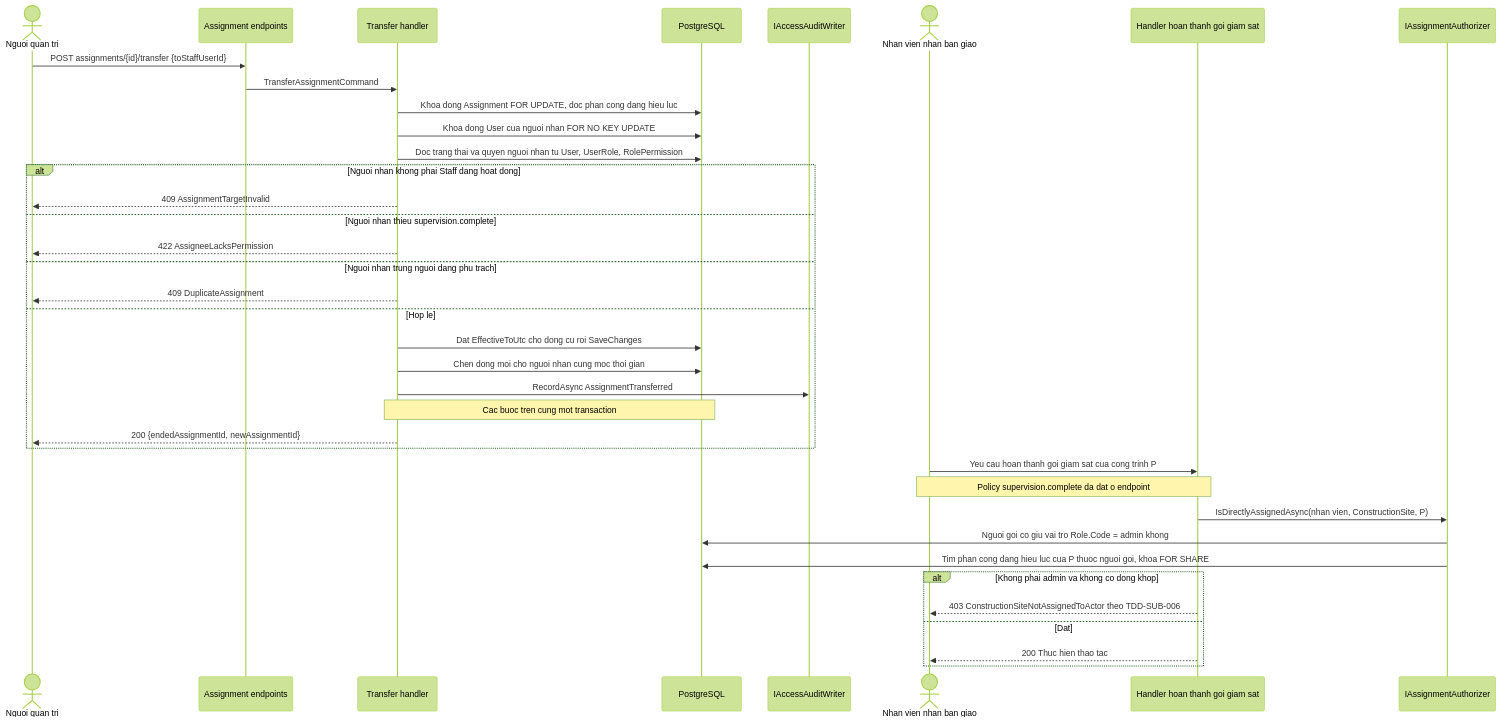
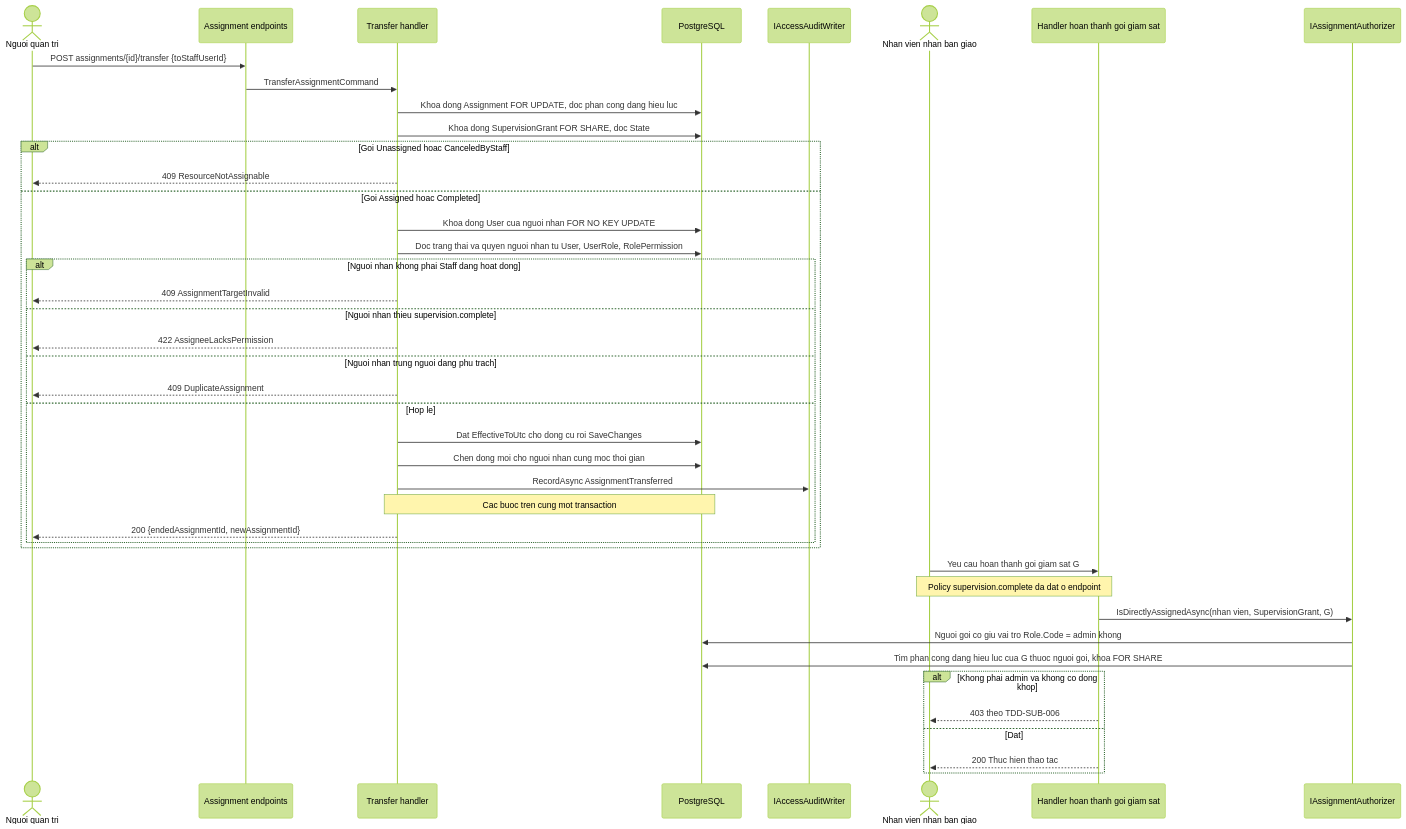
The second of 5 diagrams in tdd/TDD-RBAC-003.md (TaskCoper/bmt-documentation), drawn with Mermaid (forest theme) before and after one commit. The commit also changed other lines of this file and 15 other files, not shown here.

First line of the commit message:
docs(tdd): thêm TDD-SITE-001 và cập nhật TDD RBAC, SUB, PAY theo nghiệp vụ mới

````diff
--- a/tdd/TDD-RBAC-003.md
+++ b/tdd/TDD-RBAC-003.md
@@ -204,41 +306,46 @@
 ```mermaid
 sequenceDiagram
     actor AD as Nguoi quan tri
     participant API as Assignment endpoints
     participant AH as Transfer handler
     participant PG as PostgreSQL
     participant AU as IAccessAuditWriter
     actor NA as Nhan vien nhan ban giao
     participant BH as Handler hoan thanh goi giam sat
     participant AZ as IAssignmentAuthorizer
 
     AD->>API: POST assignments/{id}/transfer {toStaffUserId}
     API->>AH: TransferAssignmentCommand
     AH->>PG: Khoa dong Assignment FOR UPDATE, doc phan cong dang hieu luc
-    AH->>PG: Khoa dong User cua nguoi nhan FOR NO KEY UPDATE
-    AH->>PG: Doc trang thai va quyen nguoi nhan tu User, UserRole, RolePermission
-    alt Nguoi nhan khong phai Staff dang hoat dong
-        AH-->>AD: 409 AssignmentTargetInvalid
-    else Nguoi nhan thieu supervision.complete
-        AH-->>AD: 422 AssigneeLacksPermission
-    else Nguoi nhan trung nguoi dang phu trach
-        AH-->>AD: 409 DuplicateAssignment
-    else Hop le
-        AH->>PG: Dat EffectiveToUtc cho dong cu roi SaveChanges
-        AH->>PG: Chen dong moi cho nguoi nhan cung moc thoi gian
-        AH->>AU: RecordAsync AssignmentTransferred
-        Note over AH,PG: Cac buoc tren cung mot transaction
-        AH-->>AD: 200 {endedAssignmentId, newAssignmentId}
+    AH->>PG: Khoa dong SupervisionGrant FOR SHARE, doc State
+    alt Goi Unassigned hoac CanceledByStaff
+        AH-->>AD: 409 ResourceNotAssignable
+    else Goi Assigned hoac Completed
+        AH->>PG: Khoa dong User cua nguoi nhan FOR NO KEY UPDATE
+        AH->>PG: Doc trang thai va quyen nguoi nhan tu User, UserRole, RolePermission
+        alt Nguoi nhan khong phai Staff dang hoat dong
+            AH-->>AD: 409 AssignmentTargetInvalid
+        else Nguoi nhan thieu supervision.complete
+            AH-->>AD: 422 AssigneeLacksPermission
+        else Nguoi nhan trung nguoi dang phu trach
+            AH-->>AD: 409 DuplicateAssignment
+        else Hop le
+            AH->>PG: Dat EffectiveToUtc cho dong cu roi SaveChanges
+            AH->>PG: Chen dong moi cho nguoi nhan cung moc thoi gian
+            AH->>AU: RecordAsync AssignmentTransferred
+            Note over AH,PG: Cac buoc tren cung mot transaction
+            AH-->>AD: 200 {endedAssignmentId, newAssignmentId}
+        end
     end
 
-    NA->>BH: Yeu cau hoan thanh goi giam sat cua cong trinh P
+    NA->>BH: Yeu cau hoan thanh goi giam sat G
     Note over NA,BH: Policy supervision.complete da dat o endpoint
-    BH->>AZ: IsDirectlyAssignedAsync(nhan vien, ConstructionSite, P)
+    BH->>AZ: IsDirectlyAssignedAsync(nhan vien, SupervisionGrant, G)
     AZ->>PG: Nguoi goi co giu vai tro Role.Code = admin khong
-    AZ->>PG: Tim phan cong dang hieu luc cua P thuoc nguoi goi, khoa FOR SHARE
+    AZ->>PG: Tim phan cong dang hieu luc cua G thuoc nguoi goi, khoa FOR SHARE
     alt Khong phai admin va khong co dong khop
-        BH-->>NA: 403 ConstructionSiteNotAssignedToActor theo TDD-SUB-006
+        BH-->>NA: 403 theo TDD-SUB-006
     else Dat
         BH-->>NA: 200 Thuc hien thao tac
     end
 ```
````
